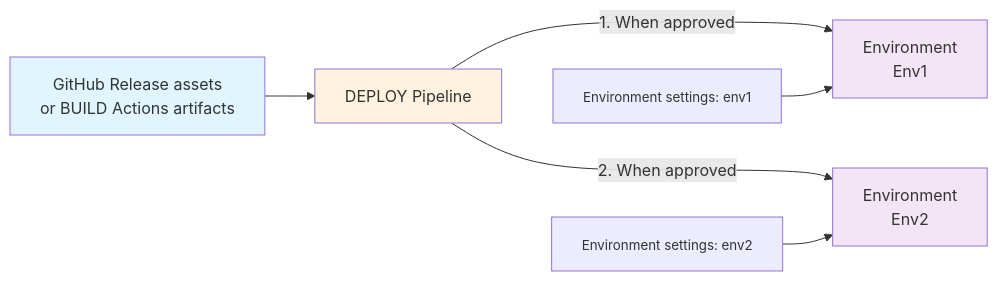
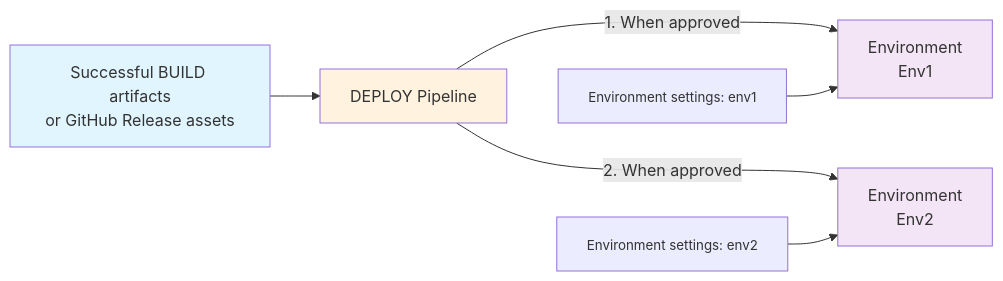
One commit to robwood-TTECDigital/ALM4Dataverse changed the diagram in docs/usage/deploying.md. Above: the diagram before and after it, drawn with Mermaid. The commit also changed other lines of this file and 32 other files, not shown here.

````diff
--- a/docs/usage/deploying.md
+++ b/docs/usage/deploying.md
@@ -3,13 +3,13 @@
 ```mermaid
 flowchart LR
-  A[GitHub Release assets<br/>or BUILD Actions artifacts] --> B[DEPLOY Pipeline]
+  A[Successful BUILD artifacts<br/>or GitHub Release assets] --> B[DEPLOY Pipeline]
     B -- 1. When approved ---> C[Environment<br/>Env1]
     B -- 2. When approved ---> E[Environment<br/>Env2]
     D[<small>Environment settings: env1</small>] --> C
     F[<small>Environment settings: env2</small>] --> E
 
     style A fill:#e1f5fe
     style C fill:#f3e5f5
     style B fill:#fff3e0
     style E fill:#f3e5f5
 ```
````
